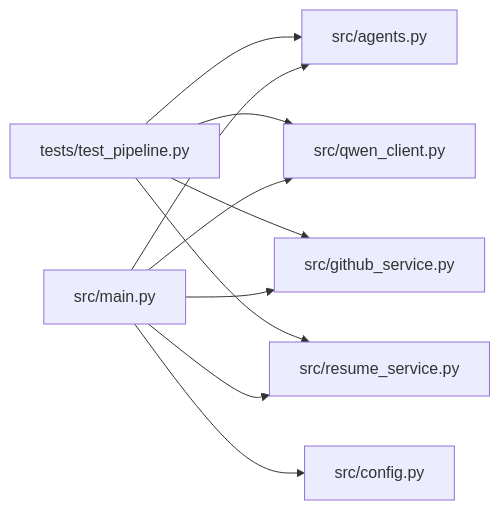
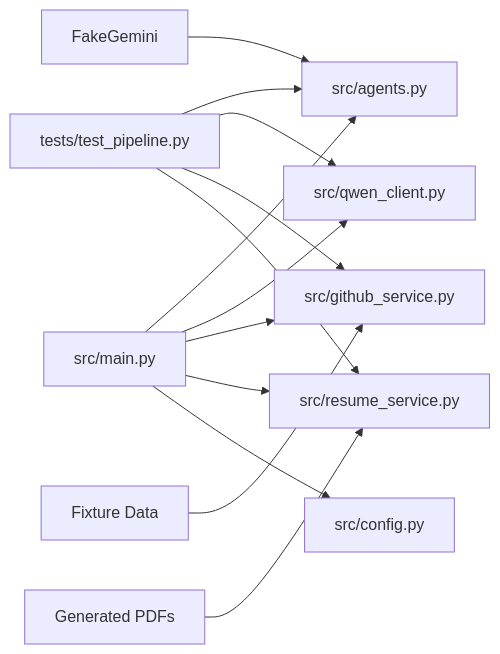
One commit to waqarimran342/CareerOS-AI changed the fourth of 4 diagrams in .qoder/repowiki/en/content/Testing Strategy.md. Above: the diagram before and after it, drawn with Mermaid. The commit also changed other lines of this file and 32 other files, not shown here.

````diff
--- a/.qoder/repowiki/en/content/Testing Strategy.md
+++ b/.qoder/repowiki/en/content/Testing Strategy.md
@@ -230,12 +251,15 @@
 ```mermaid
 graph LR
 T["tests/test_pipeline.py"] --> A["src/agents.py"]
 T --> Q["src/qwen_client.py"]
 T --> G["src/github_service.py"]
 T --> R["src/resume_service.py"]
 M["src/main.py"] --> A
 M --> Q
 M --> G
 M --> R
 M --> C["src/config.py"]
+F["FakeGemini"] --> A
+FD["Fixture Data"] --> G
+FP["Generated PDFs"] --> R
 ```
````
